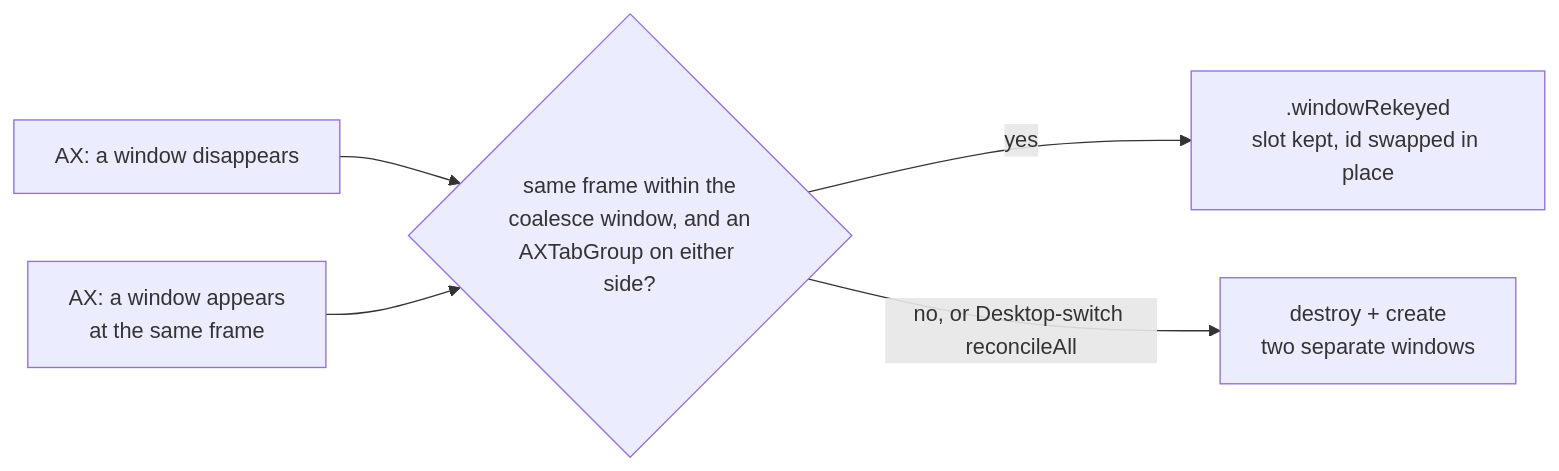
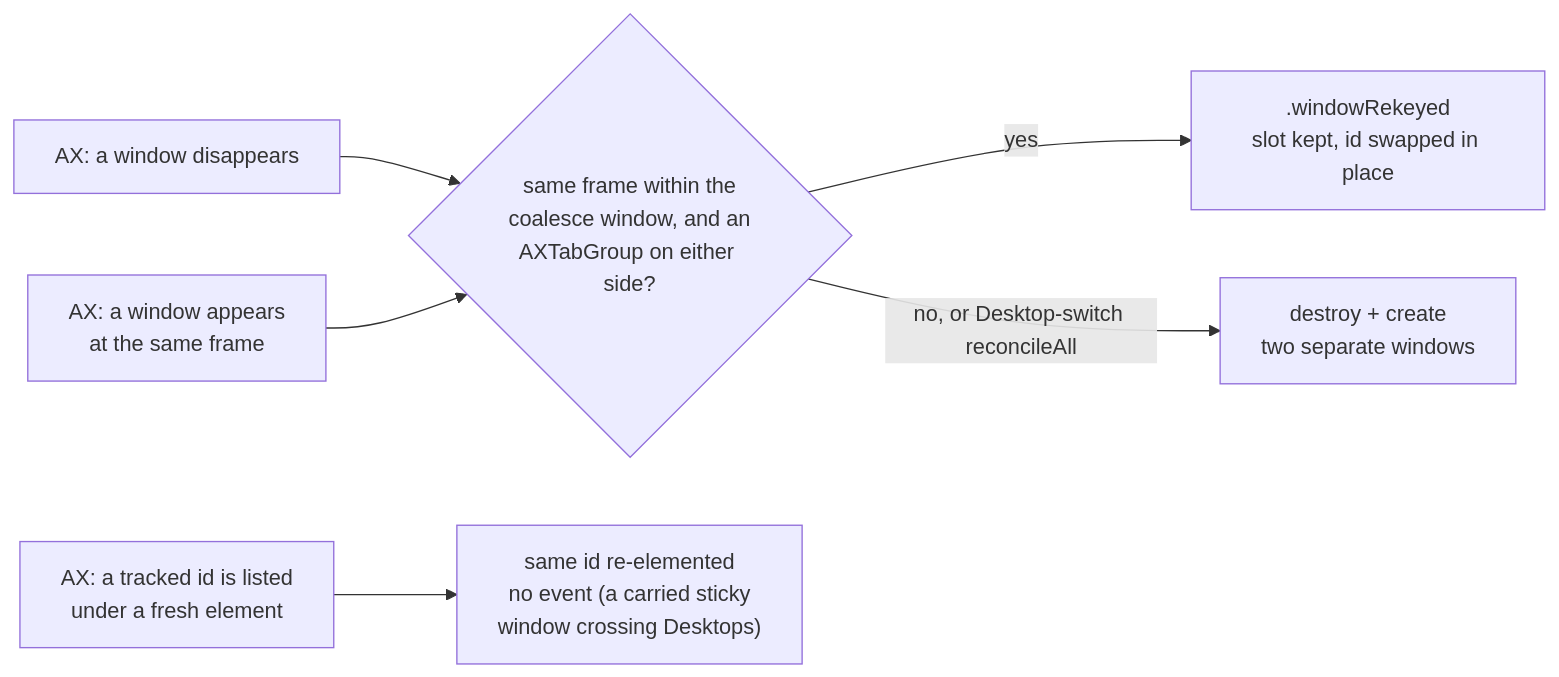
Before and after one commit to KiwiCanopy/KiwiDesk: the third of 7 diagrams in docs/architecture.md, drawn with Mermaid. The commit also changed other lines of this file and 67 other files, not shown here.

First line of the commit message:
feat(commands): sticky windows follow across Desktops by carry (#1145) (#1208)

````diff
--- a/docs/architecture.md
+++ b/docs/architecture.md
@@ -111,7 +111,8 @@
 ```mermaid
 flowchart LR
     A["AX: a window disappears"] --> C{"same frame within the<br/>coalesce window, and an<br/>AXTabGroup on either side?"}
     B["AX: a window appears<br/>at the same frame"] --> C
     C -->|yes| R[".windowRekeyed<br/>slot kept, id swapped in place"]
     C -->|no, or Desktop-switch reconcileAll| D["destroy + create<br/>two separate windows"]
+    E["AX: a tracked id is listed<br/>under a fresh element"] --> F["same id re-elemented<br/>no event (a carried sticky<br/>window crossing Desktops)"]
 ```
````
